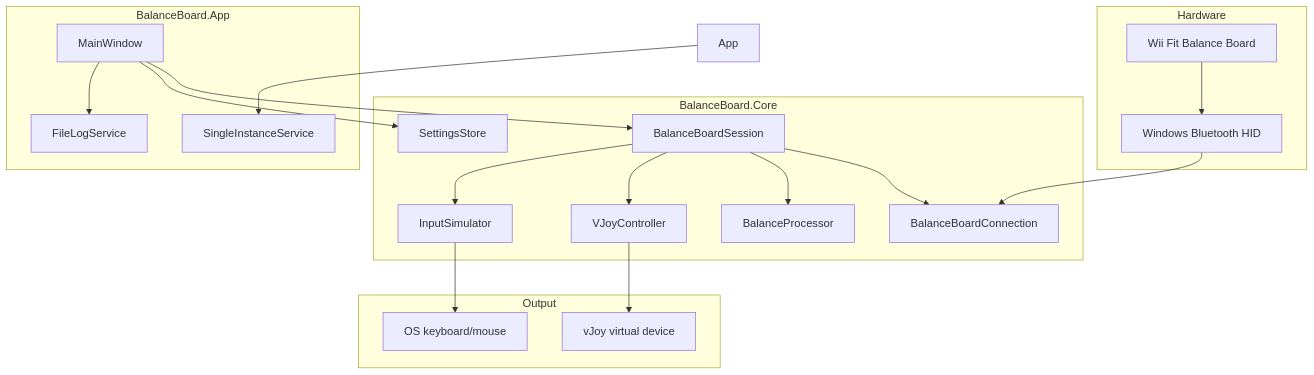
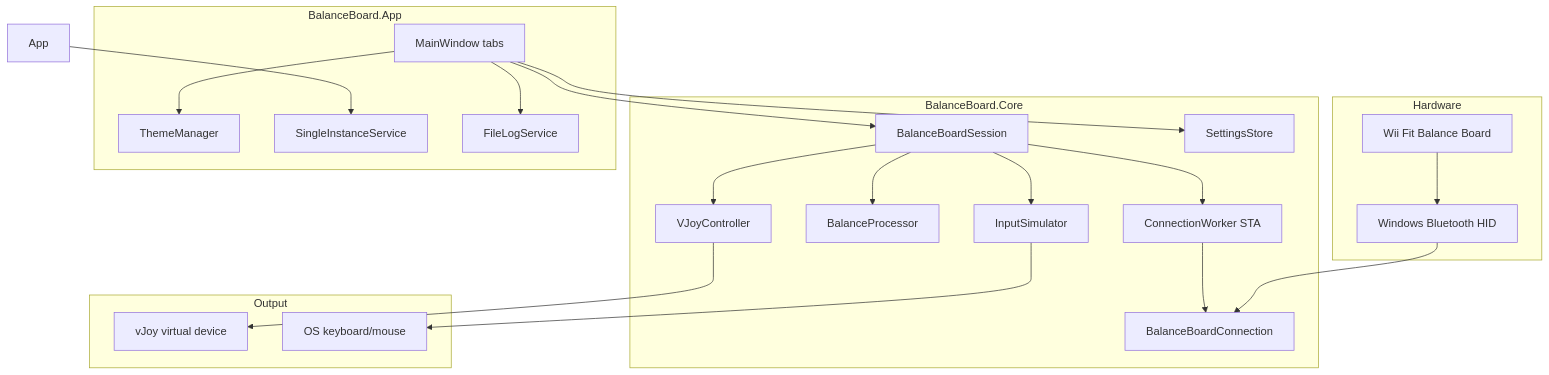
One commit to Vabian124/balance-board-controller changed the diagram in docs/ARCHITECTURE.md. Above: the diagram before and after it, drawn with Mermaid. The commit also changed other lines of this file and 39 other files, not shown here.

````diff
--- a/docs/ARCHITECTURE.md
+++ b/docs/ARCHITECTURE.md
@@ -5,39 +5,43 @@
 ```mermaid
 flowchart TB
     subgraph hardware [Hardware]
         BB[Wii Fit Balance Board]
         BT[Windows Bluetooth HID]
     end
 
     subgraph core [BalanceBoard.Core]
+        CW[ConnectionWorker STA]
         BBC[BalanceBoardConnection]
         BP[BalanceProcessor]
         BBS[BalanceBoardSession]
         VJ[VJoyController]
         IS[InputSimulator]
         SS[SettingsStore]
     end
 
     subgraph ui [BalanceBoard.App]
-        MW[MainWindow]
+        MW[MainWindow tabs]
+        TM[ThemeManager]
         SIS[SingleInstanceService]
         FLS[FileLogService]
     end
 
     subgraph output [Output]
         VJoyDrv[vJoy virtual device]
         OSIn[OS keyboard/mouse]
     end
 
     BB --> BT --> BBC
-    BBS --> BBC
+    CW --> BBC
+    BBS --> CW
     BBS --> BP
     BBS --> VJ
     BBS --> IS
     MW --> BBS
     MW --> SS
+    MW --> TM
     MW --> FLS
     App --> SIS
     VJ --> VJoyDrv
     IS --> OSIn
 ```
````
